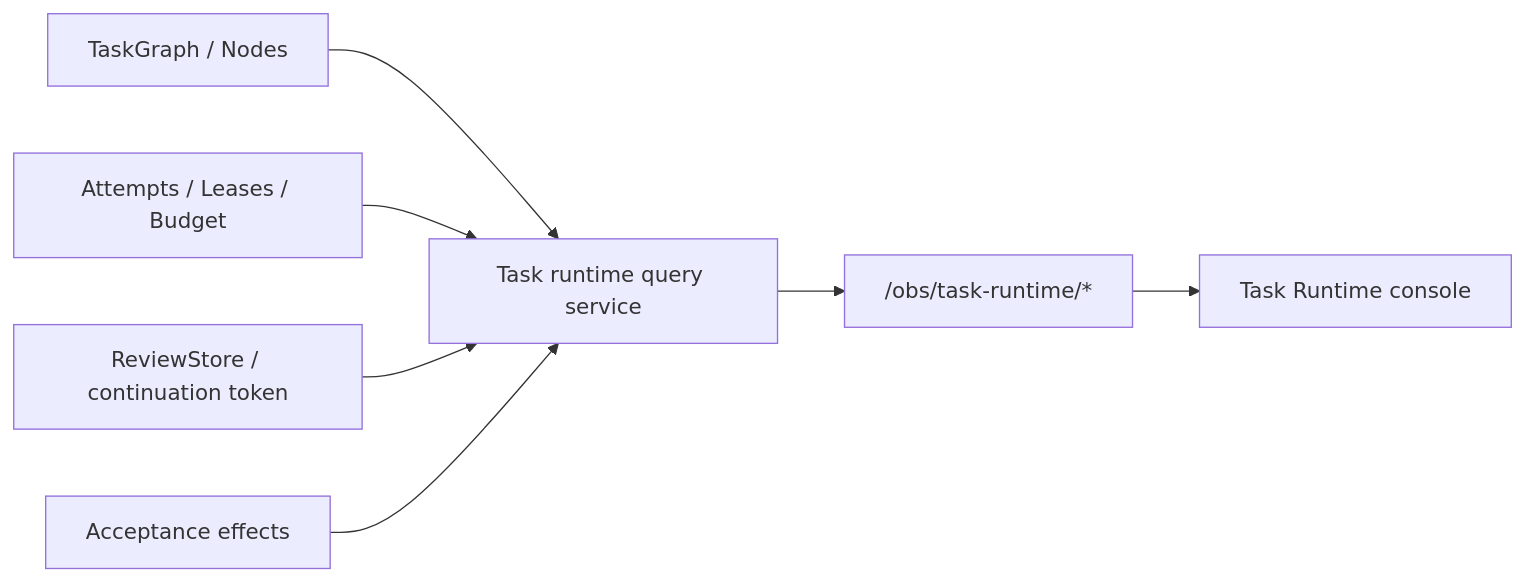
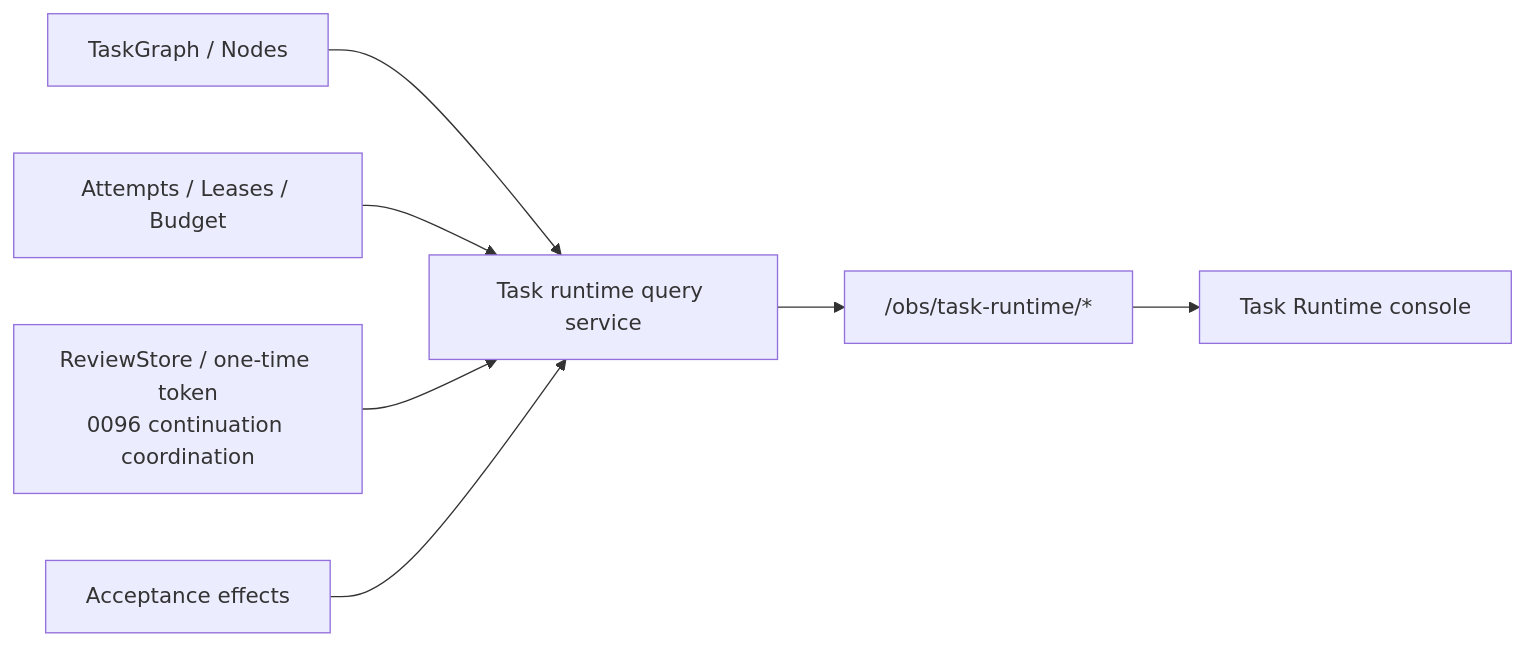
Before and after one commit to SakuraYoruno/Natsume_Ai: the third of 4 diagrams in docs/50_project/arch/diagrams/07_observability_topology.md, drawn with Mermaid. The commit also changed other lines of this file and 77 other files, not shown here.

````diff
--- a/docs/50_project/arch/diagrams/07_observability_topology.md
+++ b/docs/50_project/arch/diagrams/07_observability_topology.md
@@ -85,16 +85,16 @@
 ```mermaid
 flowchart LR
     GRAPH["TaskGraph / Nodes"]
     ATTEMPT["Attempts / Leases / Budget"]
-    REVIEW["ReviewStore / continuation token"]
+    REVIEW["ReviewStore / one-time token\n0096 continuation coordination"]
     EFFECT["Acceptance effects"]
     Q["Task runtime query service"]
     API["/obs/task-runtime/*"]
     PAGE["Task Runtime console"]
 
     GRAPH --> Q
     ATTEMPT --> Q
     REVIEW --> Q
     EFFECT --> Q
     Q --> API --> PAGE
 ```
````
